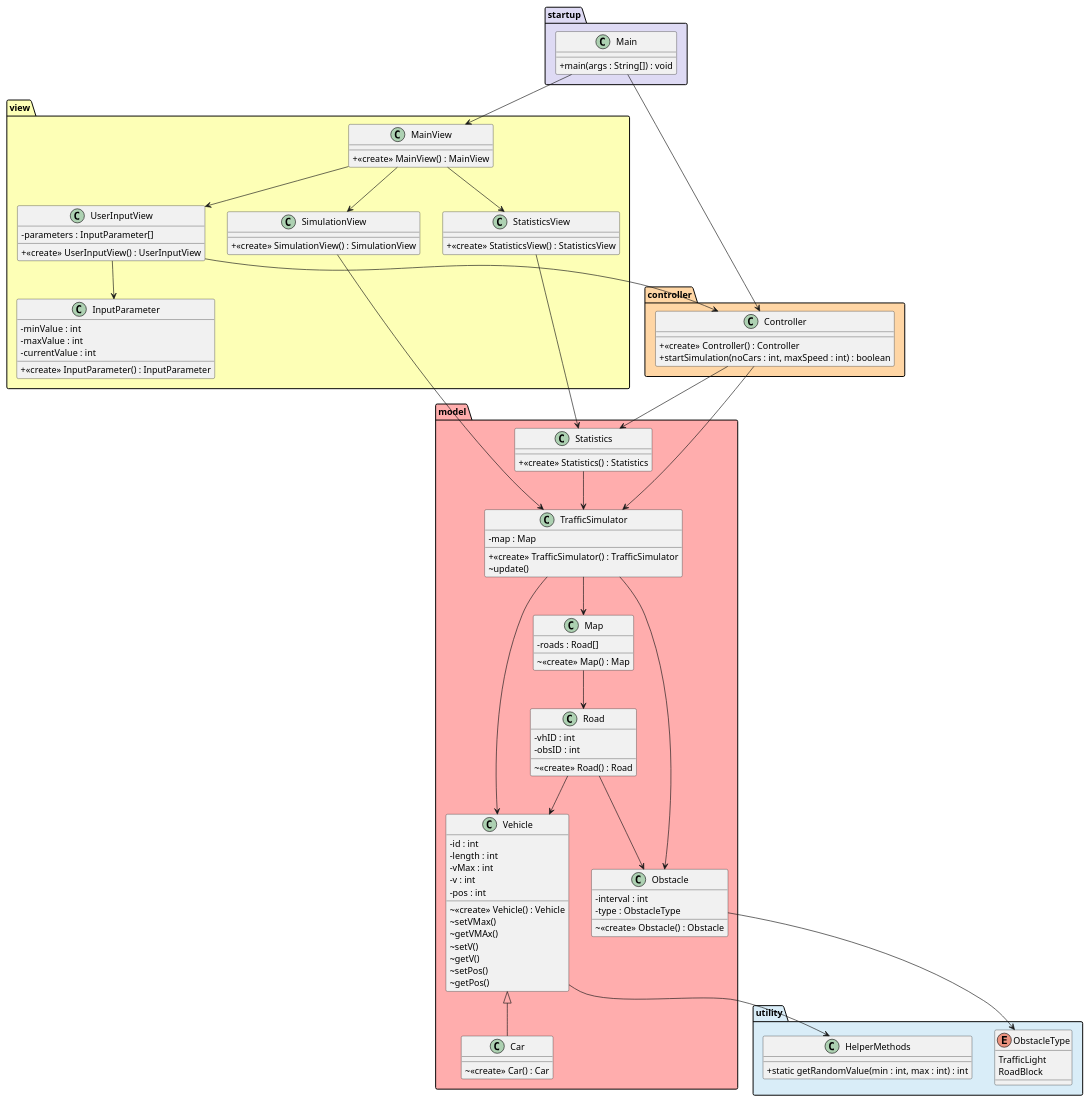
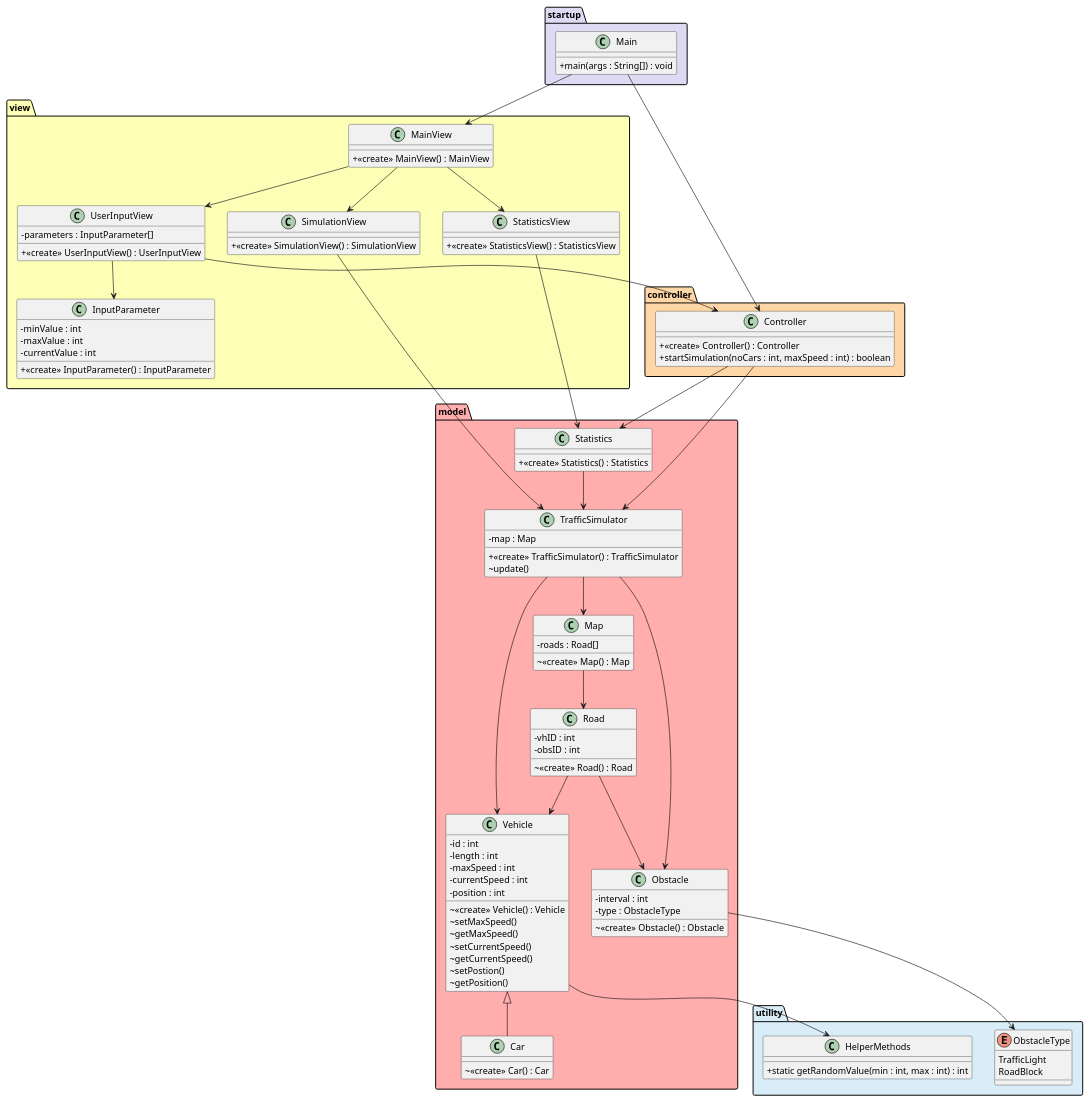
Before and after one commit to holmgren23/traffic-simulator: the diagram in class-diagram.puml, drawn with PlantUML.

Commit message:
changed the names back to orignials in vehicle

```diff
--- a/class-diagram.puml
+++ b/class-diagram.puml
@@ -1,149 +1,149 @@
 @startuml TrafficSimulator
 skinparam classAttributeIconSize 0
 
 /'colors
 #FFADAD
 #FFD6A5
 #FDFFB6
 #E4F1EE
 #D9EDF8
 #DEDAF4'/
 
 package model #FFADAD {
   class TrafficSimulator {
   - map : Map
   + <<create>> TrafficSimulator() : TrafficSimulator
   ~ update() 
   }
 
   class Vehicle {
     - id : int
     - length : int
-    - vMax : int
-    - v : int
-    - pos : int
+    - maxSpeed : int
+    - currentSpeed : int
+    - position : int
     ~ <<create>> Vehicle() : Vehicle
-    ~ setVMax()
-    ~ getVMAx()
-    ~ setV()
-    ~ getV()
-    ~ setPos()
-    ~ getPos()
+    ~ setMaxSpeed()
+    ~ getMaxSpeed()
+    ~ setCurrentSpeed()
+    ~ getCurrentSpeed()
+    ~ setPostion()
+    ~ getPosition()
 
 
   }
 
   class Car {
     ~ <<create>> Car() : Car
   }
 
   class Map {
     - roads : Road[]
     ~ <<create>> Map() : Map
   }
 
   class Road {
     - vhID : int
     - obsID : int
     ~ <<create>> Road() : Road
   }
 
   class Obstacle {
     - interval : int
     - type : ObstacleType
     ~ <<create>> Obstacle() : Obstacle
   }
 
   class Statistics {
     + <<create>> Statistics() : Statistics
   }
 
   TrafficSimulator --> Map
   TrafficSimulator --> Vehicle
   TrafficSimulator --> Obstacle
   Map --> Road
   Road --> Obstacle
   Road --> Vehicle
   Vehicle <|-- Car
   Statistics --> TrafficSimulator
 }
 
 package controller #FFD6A5 {
   class Controller {
     + <<create>> Controller() : Controller
     + startSimulation(noCars : int, maxSpeed : int) : boolean
   }
 
   Controller --> Statistics
   Controller --> TrafficSimulator
 }
 
 package view #FDFFB6 {
   class MainView {
     + <<create>> MainView() : MainView
   }
   class UserInputView {
     - parameters : InputParameter[]
     + <<create>> UserInputView() : UserInputView
   }
 
   class InputParameter {
     - minValue : int
     - maxValue : int
     - currentValue : int 
     + <<create>> InputParameter() : InputParameter
   }
 
   class StatisticsView {
     + <<create>> StatisticsView() : StatisticsView
   }
 
   class SimulationView {
     + <<create>> SimulationView() : SimulationView
   }
 
   MainView --> UserInputView
   MainView --> StatisticsView
   MainView --> SimulationView
   UserInputView --> InputParameter
   
   UserInputView --> Controller
   StatisticsView --> Statistics
   SimulationView --> TrafficSimulator
 }
 
 package utility #D9EDF8 {
   enum ObstacleType {
     TrafficLight
     RoadBlock
   }
 
   class HelperMethods {
     + static getRandomValue(min : int, max : int) : int
   }
 
 
   Obstacle --> ObstacleType
   Vehicle --> HelperMethods
 }
 
 package startup #DEDAF4 {
   class Main {
   + main(args : String[]) : void
 }
   Main --> Controller
   Main --> MainView
 }
 
 /'startup'/
 
 
 /'model'/
 
 /'utility'/
 
 
 
 /'view'
 
 @enduml
```
